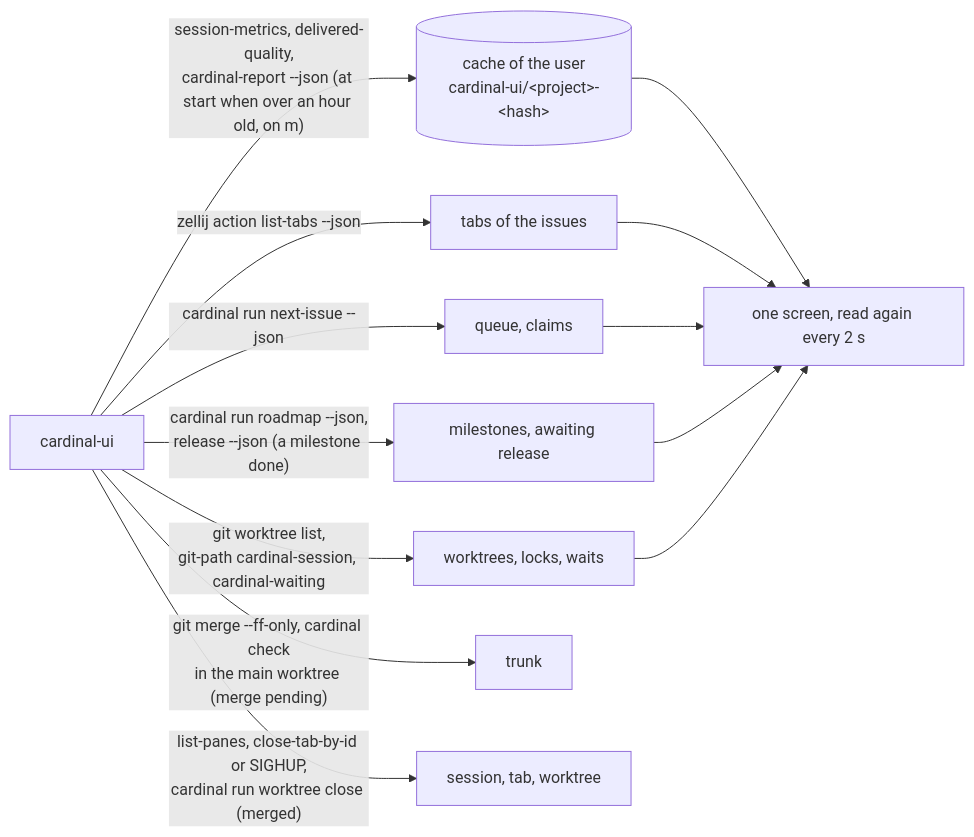
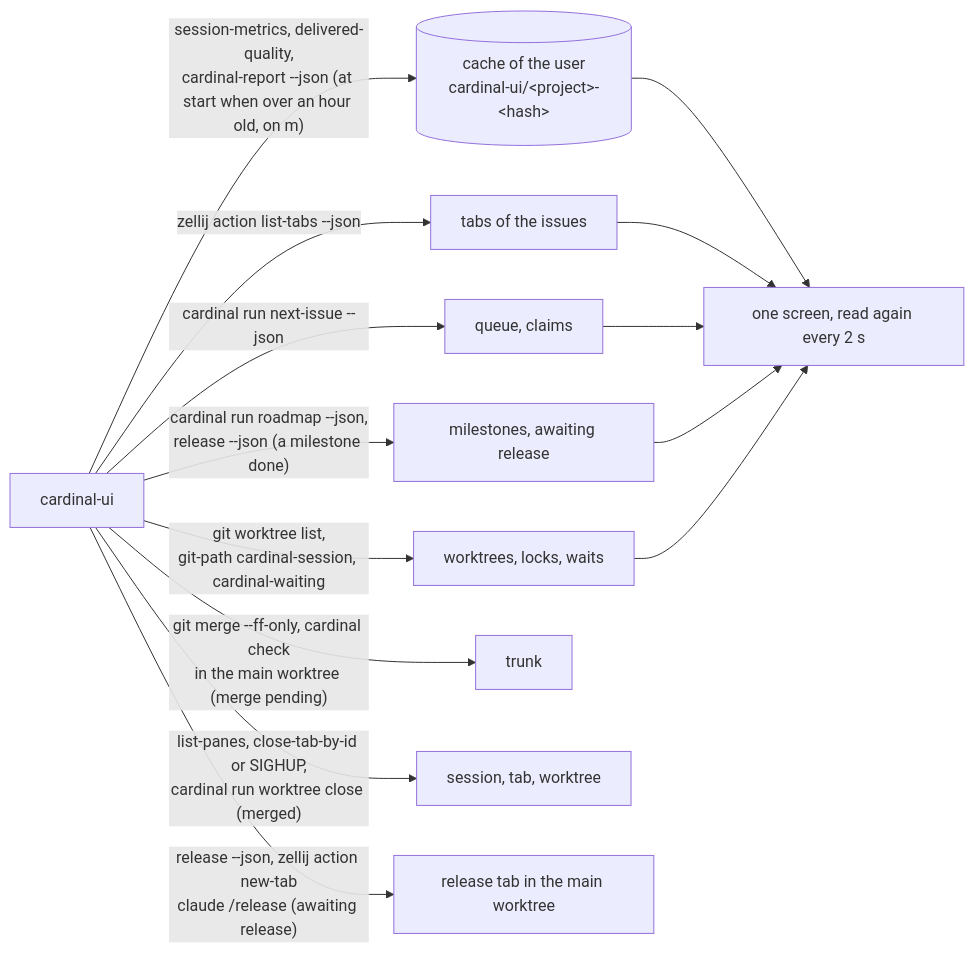
Before and after one commit to Electron-libre/cardinal: the third of 3 diagrams in docs/architecture.md, drawn with Mermaid. The commit also changed other lines of this file and 11 other files, not shown here.

````diff
--- a/docs/architecture.md
+++ b/docs/architecture.md
@@ -247,15 +247,16 @@
 ```mermaid
 flowchart LR
   ui["cardinal-ui"] -->|"cardinal run next-issue --json"| queue["queue, claims"]
   ui -->|"cardinal run roadmap --json,<br/>release --json (a milestone done)"| milestones["milestones, awaiting release"]
   ui -->|"git worktree list,<br/>git-path cardinal-session, cardinal-waiting"| worktrees["worktrees, locks, waits"]
   ui -->|"zellij action list-tabs --json"| tabs["tabs of the issues"]
   ui -->|"session-metrics, delivered-quality,<br/>cardinal-report --json (at start when over an hour old, on m)"| cache[("cache of the user<br/>cardinal-ui/&lt;project&gt;-&lt;hash&gt;")]
   ui -->|"git merge --ff-only, cardinal check<br/>in the main worktree (merge pending)"| trunk["trunk"]
   ui -->|"list-panes, close-tab-by-id or SIGHUP,<br/>cardinal run worktree close (merged)"| ended["session, tab, worktree"]
+  ui -->|"release --json, zellij action new-tab<br/>claude /release (awaiting release)"| release["release tab in the main worktree"]
   cache --> screen
   tabs --> screen
   queue --> screen["one screen, read again every 2 s"]
   milestones --> screen
   worktrees --> screen
 ```
````
